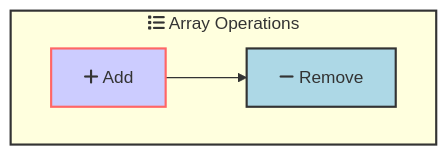
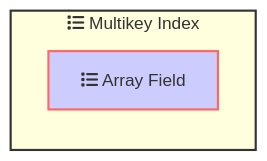
Before and after one commit to kelvin-bz/blog: the sixth of 15 diagrams in _posts/2024-07-18-mongodb-fundamental.md, drawn with Mermaid. The commit also changed other lines of this file and 3 other files, not shown here.

````diff
--- a/_posts/2024-07-18-mongodb-fundamental.md
+++ b/_posts/2024-07-18-mongodb-fundamental.md
@@ -137,10 +203,9 @@
 ```mermaid
-graph
-  subgraph arrayOperations["fa:fa-list Array Operations"]
-    add["fa:fa-plus Add"] --> remove["fa:fa-minus Remove"]
+graph LR
+  subgraph multikeyIndex["fa:fa-list Multikey Index"]
+    arrayField["fa:fa-list Array Field"]
   end
 
-  style arrayOperations stroke:#333,stroke-width:2px
-  style add fill:#ccf,stroke:#f66,stroke-width:2px
-  style remove fill:#add8e6,stroke:#333,stroke-width:2px
+  style multikeyIndex stroke:#333,stroke-width:2px
+  style arrayField fill:#ccf,stroke:#f66,stroke-width:2px
 ```
````
